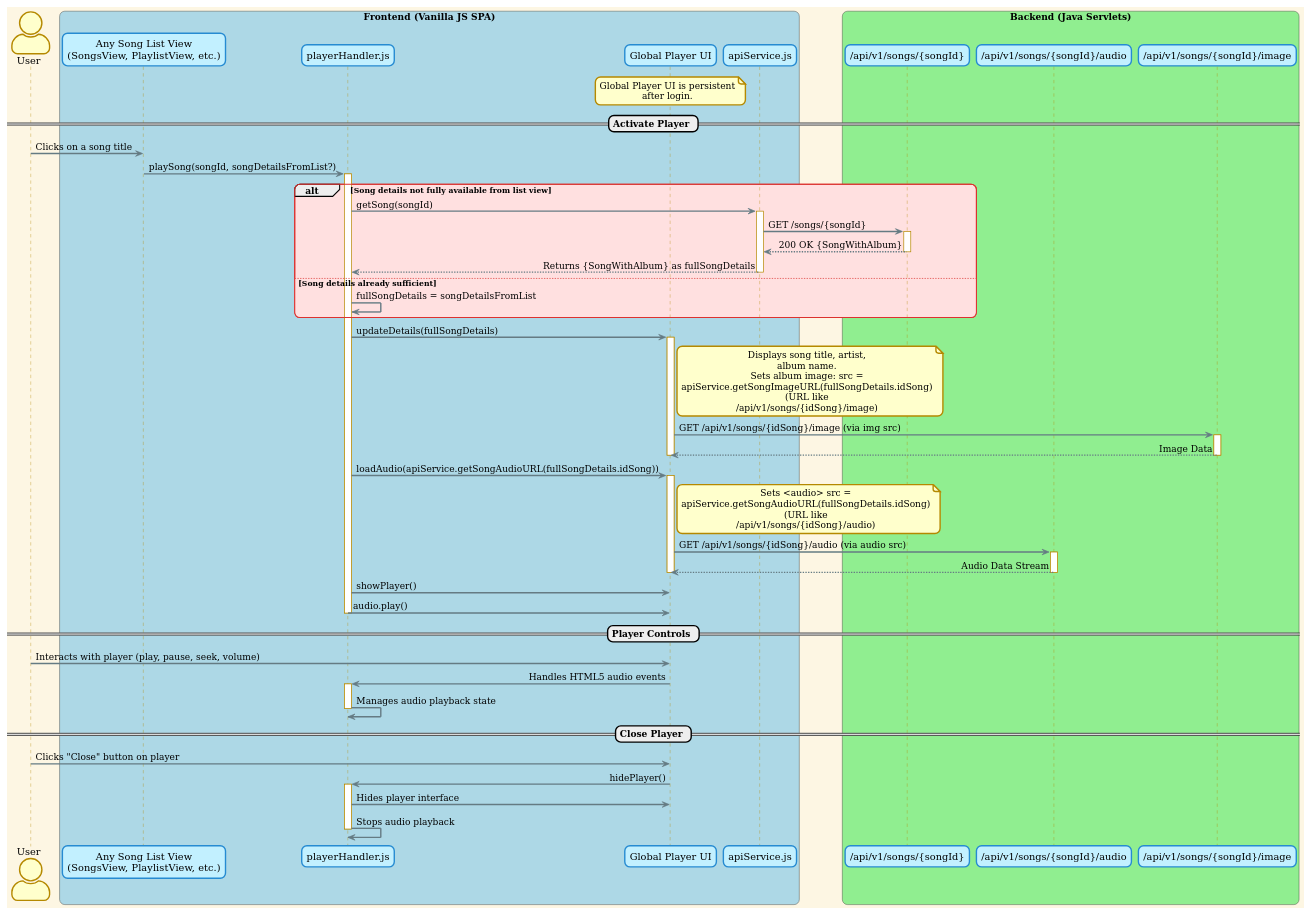
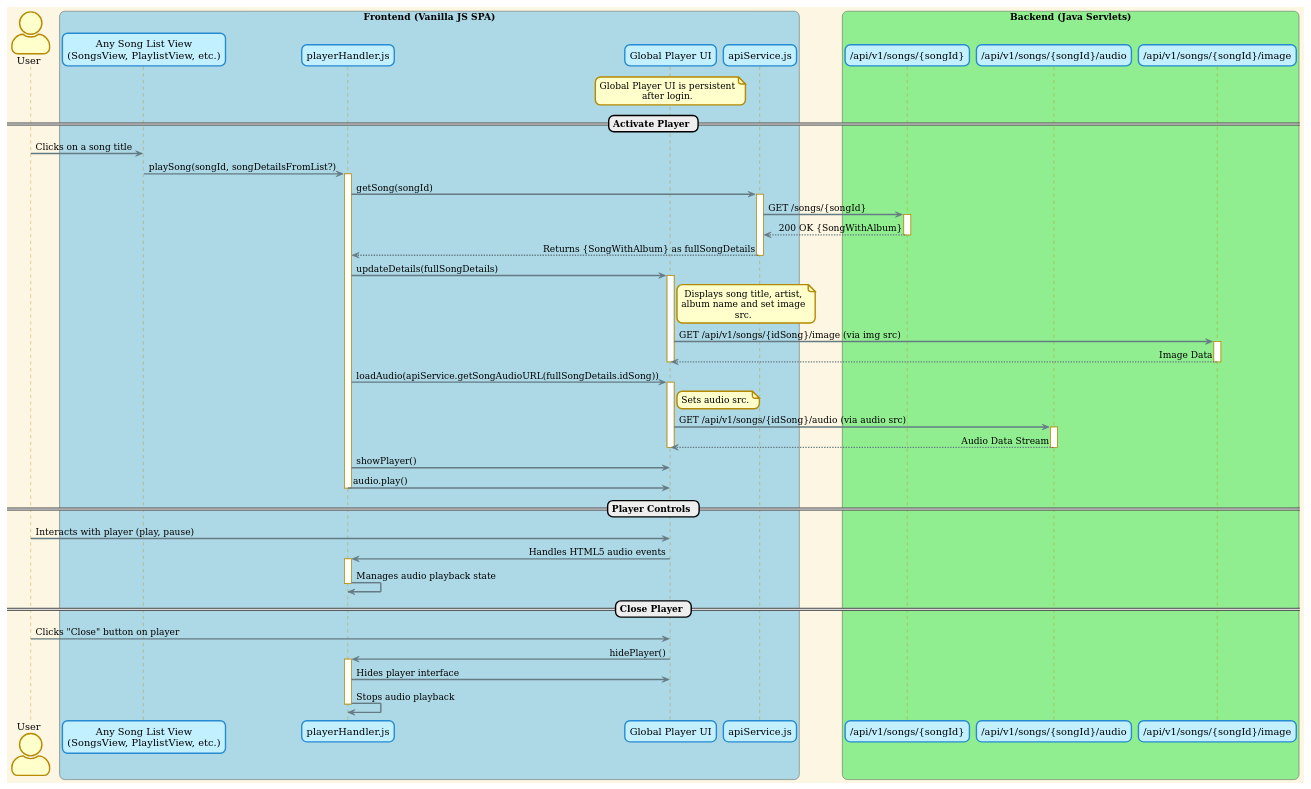
One commit to Janoww/TIW2015-spolify changed the diagram in design/asciidoc/puml/flows/player_flow.puml. Above: the diagram before and after it, drawn with PlantUML. The commit also changed 4 other files, not shown here.

Commit message:
docs: updated flows

```diff
--- a/design/asciidoc/puml/flows/player_flow.puml
+++ b/design/asciidoc/puml/flows/player_flow.puml
@@ -1,84 +1,77 @@
 @startuml
 !theme sunlust
 actor User
 
 box "Frontend (Vanilla JS SPA)" #LightBlue
   participant "Any Song List View\n(SongsView, PlaylistView, etc.)" as SongListView
   participant "playerHandler.js" as PlayerHandler
   participant "Global Player UI" as PlayerUI
   participant "apiService.js" as ApiService
 end box
 
 box "Backend (Java Servlets)" #LightGreen
   participant "/api/v1/songs/{songId}" as SongDetailServlet
   participant "/api/v1/songs/{songId}/audio" as SongAudioServlet
   participant "/api/v1/songs/{songId}/image" as SongImageServlet
 end box
 
 note over PlayerUI : Global Player UI is persistent after login.
 
 == Activate Player ==
 User -> SongListView : Clicks on a song title
 SongListView -> PlayerHandler : playSong(songId, songDetailsFromList?)
 activate PlayerHandler
 
-alt Song details not fully available from list view
-  PlayerHandler -> ApiService : getSong(songId)
-  activate ApiService
-  ApiService -> SongDetailServlet : GET /songs/{songId}
-  activate SongDetailServlet
-  SongDetailServlet --> ApiService : 200 OK {SongWithAlbum}
-  deactivate SongDetailServlet
-  ApiService --> PlayerHandler : Returns {SongWithAlbum} as fullSongDetails
-  deactivate ApiService
-else Song details already sufficient
-  PlayerHandler -> PlayerHandler : fullSongDetails = songDetailsFromList
-end
+PlayerHandler -> ApiService : getSong(songId)
+activate ApiService
+ApiService -> SongDetailServlet : GET /songs/{songId}
+activate SongDetailServlet
+SongDetailServlet --> ApiService : 200 OK {SongWithAlbum}
+deactivate SongDetailServlet
+ApiService --> PlayerHandler : Returns {SongWithAlbum} as fullSongDetails
+deactivate ApiService
 
 PlayerHandler -> PlayerUI : updateDetails(fullSongDetails)
 activate PlayerUI
 note right PlayerUI
-  Displays song title, artist, album name.
-  Sets album image: src = apiService.getSongImageURL(fullSongDetails.idSong)
-  (URL like /api/v1/songs/{idSong}/image)
+  Displays song title, artist, album name and set image src.
 end note
 PlayerUI -> SongImageServlet : GET /api/v1/songs/{idSong}/image (via img src)
 activate SongImageServlet
 SongImageServlet --> PlayerUI : Image Data
 deactivate SongImageServlet
 deactivate PlayerUI
 
 
 PlayerHandler -> PlayerUI : loadAudio(apiService.getSongAudioURL(fullSongDetails.idSong))
 activate PlayerUI
 note right PlayerUI
-  Sets <audio> src = apiService.getSongAudioURL(fullSongDetails.idSong)
-  (URL like /api/v1/songs/{idSong}/audio)
+  Sets audio src.
 end note
 PlayerUI -> SongAudioServlet : GET /api/v1/songs/{idSong}/audio (via audio src)
 activate SongAudioServlet
 SongAudioServlet --> PlayerUI : Audio Data Stream
 deactivate SongAudioServlet
 deactivate PlayerUI
 
 PlayerHandler -> PlayerUI : showPlayer()
 PlayerHandler -> PlayerUI : audio.play()
 
 deactivate PlayerHandler
 
 == Player Controls ==
-User -> PlayerUI : Interacts with player (play, pause, seek, volume)
+User -> PlayerUI : Interacts with player (play, pause)
 PlayerUI -> PlayerHandler : Handles HTML5 audio events
 activate PlayerHandler
 PlayerHandler -> PlayerHandler : Manages audio playback state
 deactivate PlayerHandler
 
 == Close Player ==
 User -> PlayerUI : Clicks "Close" button on player
 PlayerUI -> PlayerHandler : hidePlayer()
 activate PlayerHandler
 PlayerHandler -> PlayerUI : Hides player interface
 PlayerHandler -> PlayerHandler : Stops audio playback
 deactivate PlayerHandler
 
 @enduml
```
